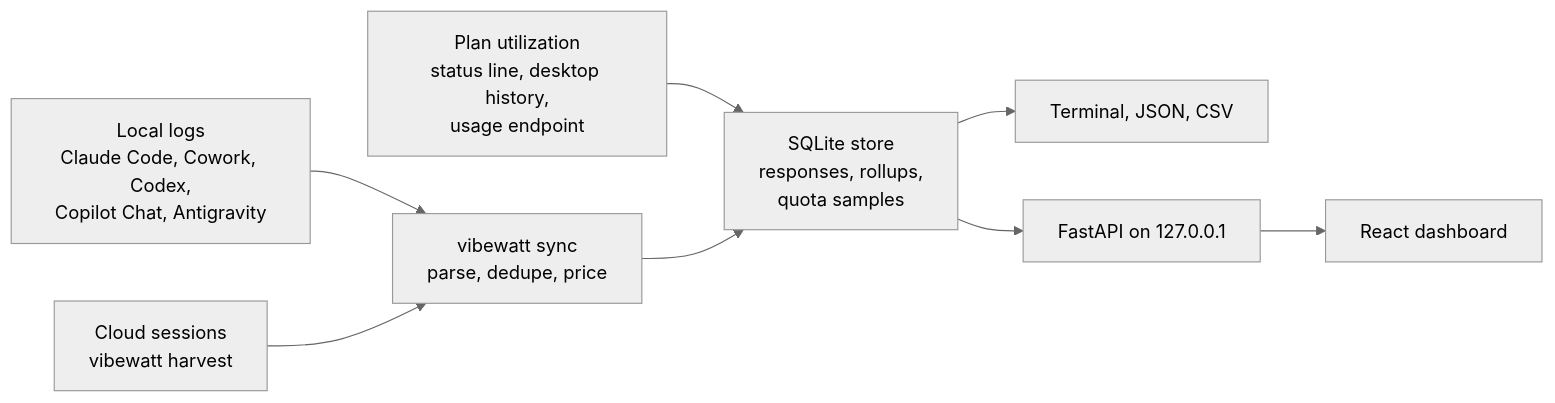
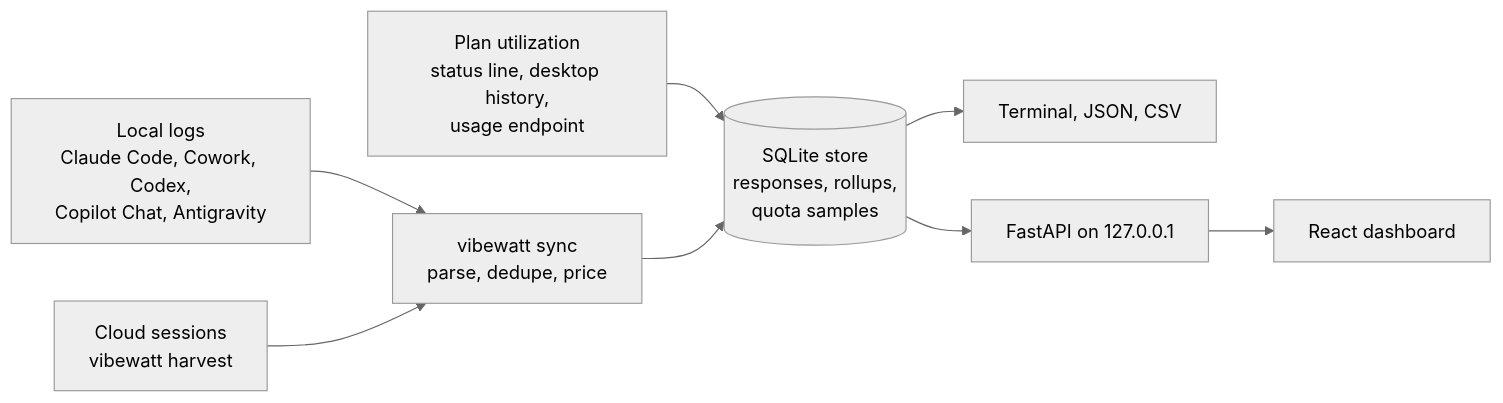
The diagram in README.md (MMALI3287/vibewatt), drawn with Mermaid (neutral theme) before and after one commit. The commit also changed other lines of this file, not shown here.

````diff
--- a/README.md
+++ b/README.md
@@ -93,9 +92,9 @@
 ```mermaid
 flowchart LR
     A["Local logs<br/>Claude Code, Cowork, Codex,<br/>Copilot Chat, Antigravity"] --> S["vibewatt sync<br/>parse, dedupe, price"]
     B["Cloud sessions<br/>vibewatt harvest"] --> S
     Q["Plan utilization<br/>status line, desktop history,<br/>usage endpoint"] --> D
-    S --> D["SQLite store<br/>responses, rollups,<br/>quota samples"]
+    S --> D[("SQLite store<br/>responses, rollups,<br/>quota samples")]
     D --> T["Terminal, JSON, CSV"]
     D --> API["FastAPI on 127.0.0.1"] --> UI["React dashboard"]
 ```
````
